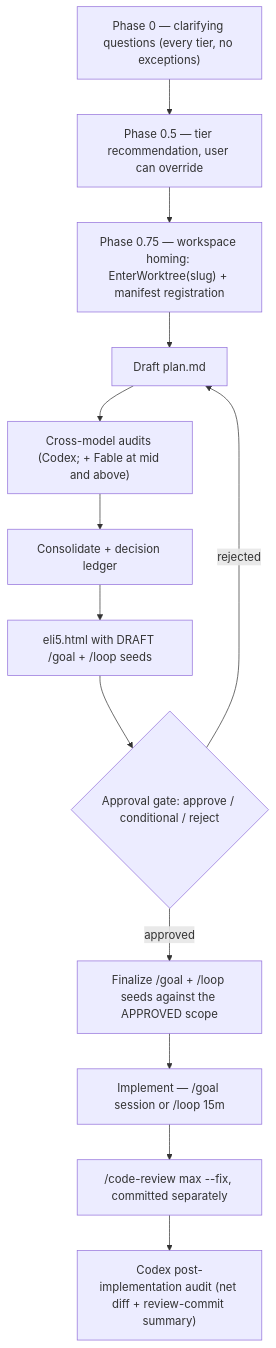
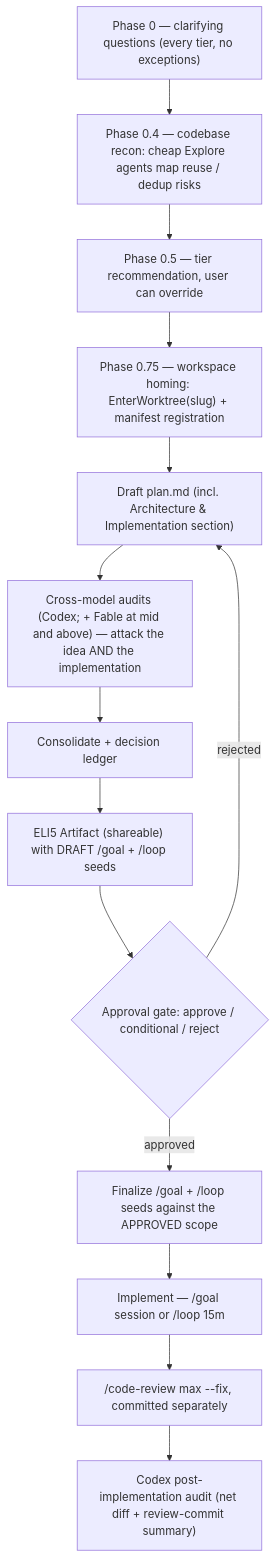
The diagram in skills/blueprint/README.md (alejoamiras/aa-skills), drawn with Mermaid before and after one commit. The commit also changed other lines of this file and 1 other file, not shown here.

Commit message:
feat(blueprint): Artifact-primary ELI5, Phase 0.4 codebase recon, Architecture section
Three improvements + codex (gpt-5.6-sol) review fixes:
- ELI5 companion published as a shareable Claude Artifact (primary), standalone
  eli5.html + BLUEPRINT_VIEW_CMD hook demoted to fallback; eli5_mode preflight,
  Artifact URL+source recorded for in-place updates, on-infra plans stay file-only.
- Phase 0.4 codebase recon: cheap sonnet Explore agents map reuse/adapt/dedup →
  recon.md, feeds draft + audits. Snapshot pinned to worktree base; parent persists
  (read-only explorers don't write); default fan-out (tier not yet chosen).
- Architecture & Implementation is now a required plan.md section (light may compact);
  audits critique the build, unified into one Standard Audit Packet referenced everywhere.
- Gate now blocks on missing recon.md / Architecture section; checklist gains 0.5 +
  split recon returned/persisted; outputs note the Artifact is off-repo.

Codex review session 019f... (xhigh): sound-with-fixes, all substantive findings applied.

````diff
--- a/skills/blueprint/README.md
+++ b/skills/blueprint/README.md
@@ -19,15 +19,16 @@
 ```mermaid
 flowchart TD
-    Q["Phase 0 — clarifying questions (every tier, no exceptions)"] --> R["Phase 0.5 — tier recommendation, user can override"]
+    Q["Phase 0 — clarifying questions (every tier, no exceptions)"] --> RC["Phase 0.4 — codebase recon: cheap Explore agents map reuse / dedup risks"]
+    RC --> R["Phase 0.5 — tier recommendation, user can override"]
     R --> W["Phase 0.75 — workspace homing: EnterWorktree(slug) + manifest registration"]
-    W --> D["Draft plan.md"]
-    D --> A["Cross-model audits (Codex; + Fable at mid and above)"]
+    W --> D["Draft plan.md (incl. Architecture & Implementation section)"]
+    D --> A["Cross-model audits (Codex; + Fable at mid and above) — attack the idea AND the implementation"]
     A --> C["Consolidate + decision ledger"]
-    C --> E["eli5.html with DRAFT /goal + /loop seeds"]
+    C --> E["ELI5 Artifact (shareable) with DRAFT /goal + /loop seeds"]
     E --> G{"Approval gate: approve / conditional / reject"}
     G -- "rejected" --> D
     G -- "approved" --> S["Finalize /goal + /loop seeds against the APPROVED scope"]
     S --> I["Implement — /goal session or /loop 15m"]
     I --> V["/code-review max --fix, committed separately"]
     V --> P["Codex post-implementation audit (net diff + review-commit summary)"]
 ```
````
